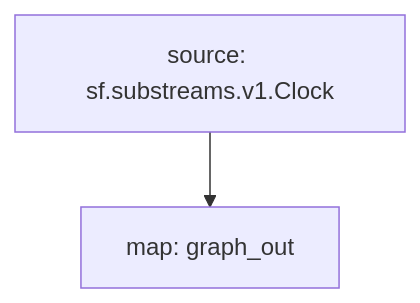
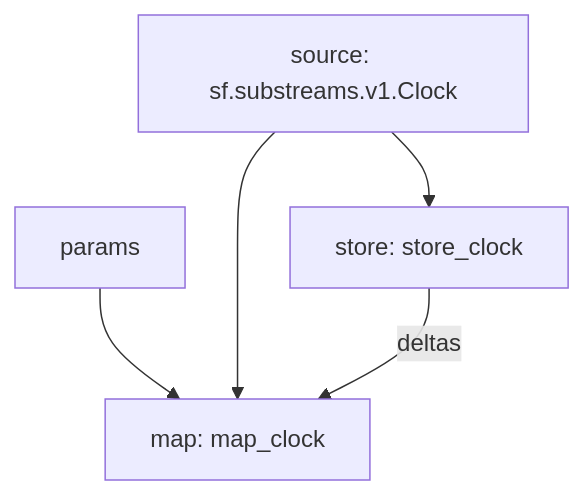
Before and after one commit to pinax-network/subgraphs: the diagram in README.md, drawn with Mermaid. The commit also changed other lines of this file and 12 other files, not shown here.

````diff
--- a/README.md
+++ b/README.md
@@ -24,5 +25,9 @@
 ```mermaid
 graph TD;
-  graph_out[map: graph_out];
-  sf.substreams.v1.Clock[source: sf.substreams.v1.Clock] --> graph_out;
+  store_clock[store: store_clock];
+  sf.substreams.v1.Clock[source: sf.substreams.v1.Clock] --> store_clock;
+  map_clock[map: map_clock];
+  map_clock:params[params] --> map_clock;
+  sf.substreams.v1.Clock[source: sf.substreams.v1.Clock] --> map_clock;
+  store_clock -- deltas --> map_clock;
 ```
````
